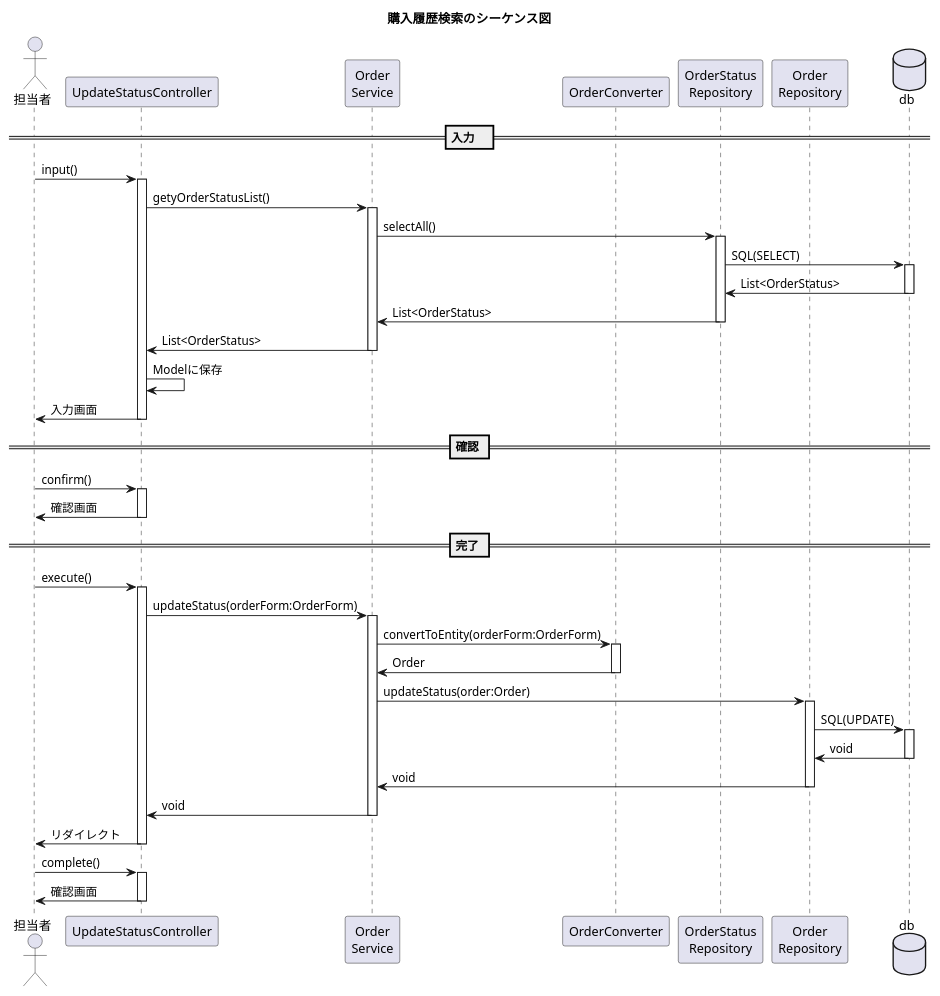
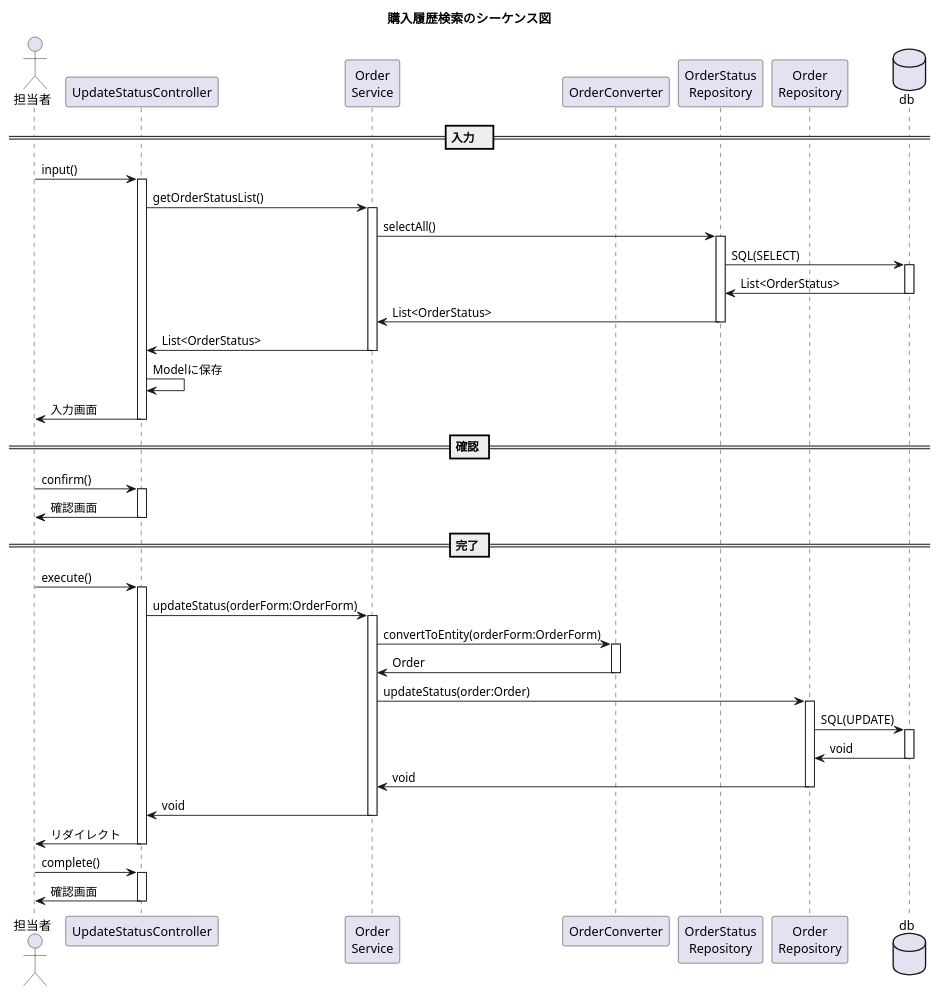
One commit to kanavii3333/ec-b changed the diagram in plan/uml/sequence/2/uc016.plantuml. Above: the diagram before and after it, drawn with PlantUML. The commit also changed 12 other files, not shown here.

Commit message:
次工程クラス図等

```diff
--- a/plan/uml/sequence/2/uc016.plantuml
+++ b/plan/uml/sequence/2/uc016.plantuml
@@ -1,41 +1,41 @@
 @startuml
 
 title 購入履歴検索のシーケンス図
 actor "担当者" as user
 participant "UpdateStatusController" as controller
 participant "Order\nService" as service
 participant "OrderConverter" as helper
 participant "OrderStatus\nRepository" as repository1
 participant "Order\nRepository" as repository2
 database "db" as db
 
 == 入力　==
 user -> controller++:input()
-controller -> service++:getyOrderStatusList()
+controller -> service++:getOrderStatusList()
 service -> repository1++:selectAll()
 repository1 -> db++:SQL(SELECT)
 db -> repository1--:List<OrderStatus>
 repository1 -> service--:List<OrderStatus>
 service -> controller--:List<OrderStatus>
 controller -> controller:Modelに保存
 
 controller -> user--:入力画面
 
 == 確認 ==
 user -> controller++:confirm()
 controller -> user--:確認画面
 
 == 完了 ==
 user -> controller++:execute()
 controller -> service++:updateStatus(orderForm:OrderForm)
 service -> helper++:convertToEntity(orderForm:OrderForm)
 service <- helper--:Order
 service -> repository2++:updateStatus(order:Order)
 repository2 -> db++:SQL(UPDATE)
 repository2 <- db--:void
 service <- repository2--:void
 controller <- service--:void
 user <- controller--:リダイレクト
 user -> controller++:complete()
 controller -> user--:確認画面
 @enduml
```
